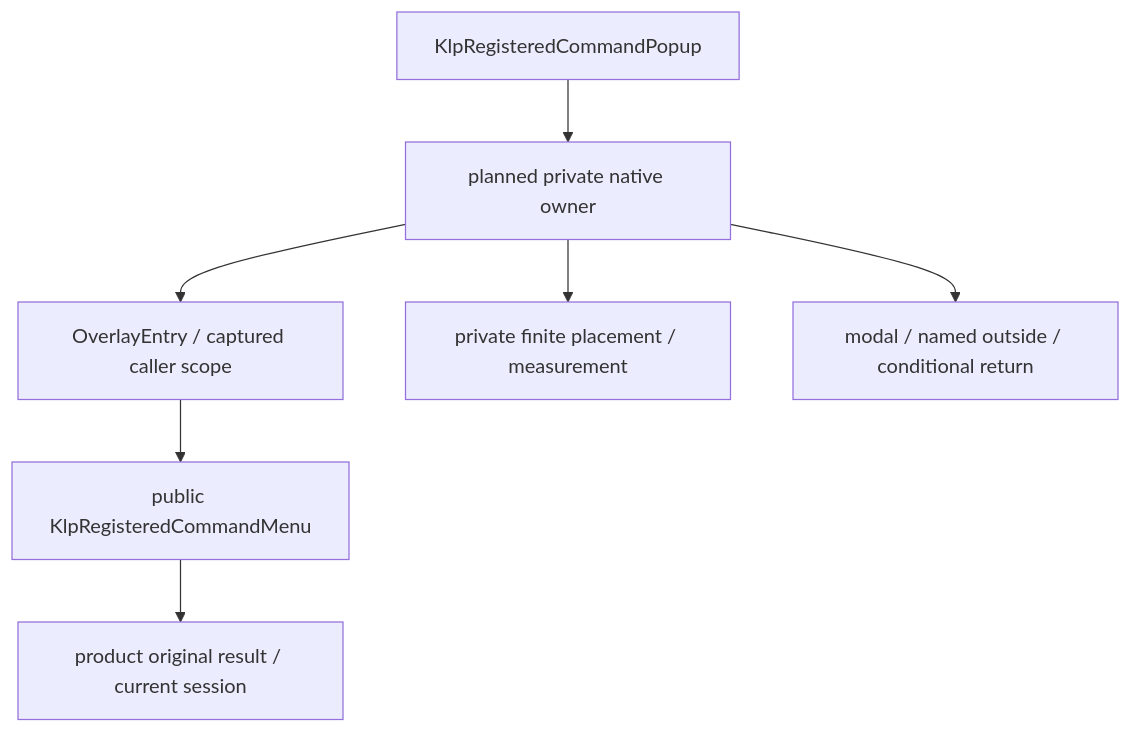
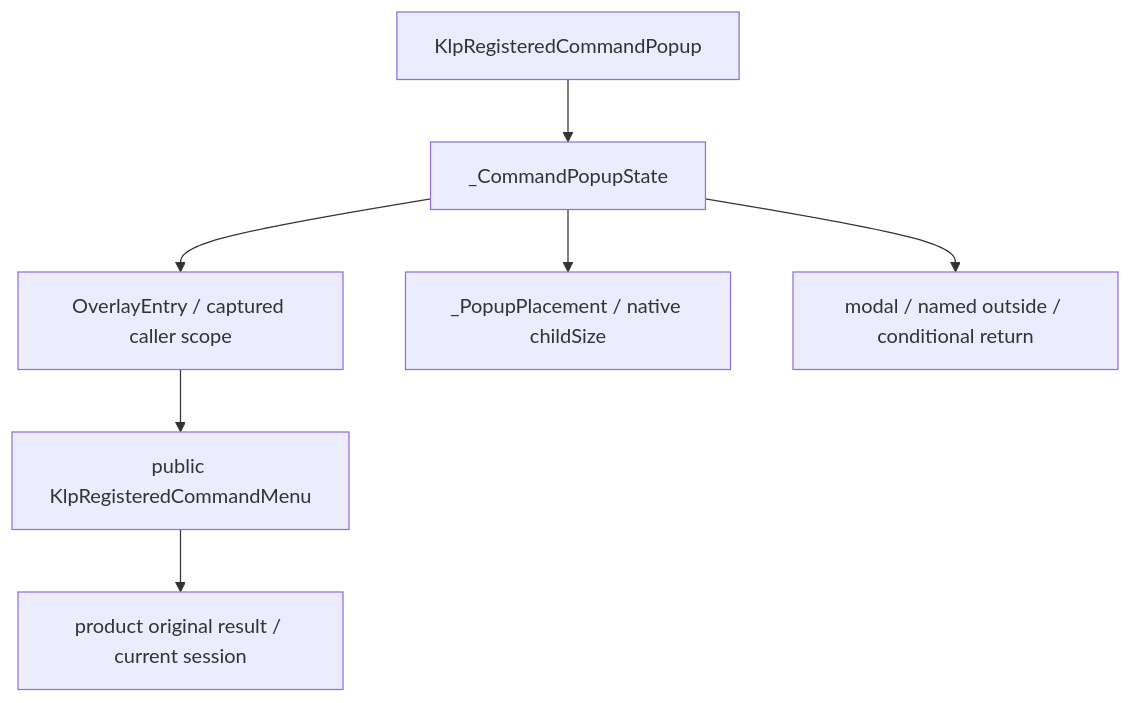
Before and after one commit to MiuDog/Kallopis: the diagram in flutter/lib/src/features/actions/command_popup/architecture.md, drawn with Mermaid. The commit also changed other lines of this file and 3 other files, not shown here.

Commit message:
docs: record popup libraries and ready public consumer slice

````diff
--- a/flutter/lib/src/features/actions/command_popup/architecture.md
+++ b/flutter/lib/src/features/actions/command_popup/architecture.md
@@ -19,9 +19,9 @@
 ```mermaid
 flowchart TD
-	Public[KlpRegisteredCommandPopup] --> State[planned private native owner]
+	Public[KlpRegisteredCommandPopup] --> State[_CommandPopupState]
 	State --> Overlay[OverlayEntry / captured caller scope]
-	State --> Placement[private finite placement / measurement]
+	State --> Placement[_PopupPlacement / native childSize]
 	Overlay --> Menu[public KlpRegisteredCommandMenu]
 	Menu --> Result[product original result / current session]
 	State --> Focus[modal / named outside / conditional return]
 ```
````
